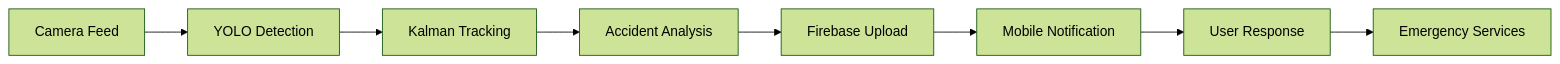
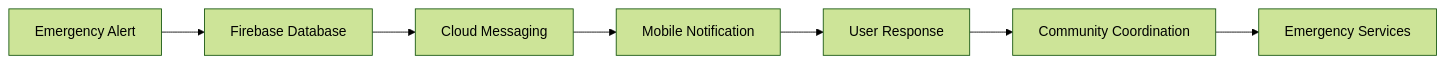
Before and after one commit to KenwayBlue7/accident-notification-system-ResQAlerts: the diagram in README.md, drawn with Mermaid (forest theme). The commit also changed other lines of this file and 10 other files, not shown here.

````diff
--- a/README.md
+++ b/README.md
@@ -268,10 +172,9 @@
 ```mermaid
 graph LR
-    A[Camera Feed] --> B[YOLO Detection]
-    B --> C[Kalman Tracking]
-    C --> D[Accident Analysis]
-    D --> E[Firebase Upload]
-    E --> F[Mobile Notification]
-    F --> G[User Response]
-    G --> H[Emergency Services]
+    A[Emergency Alert] --> B[Firebase Database]
+    B --> C[Cloud Messaging]
+    C --> D[Mobile Notification]
+    D --> E[User Response]
+    E --> F[Community Coordination]
+    F --> G[Emergency Services]
 ```
````
